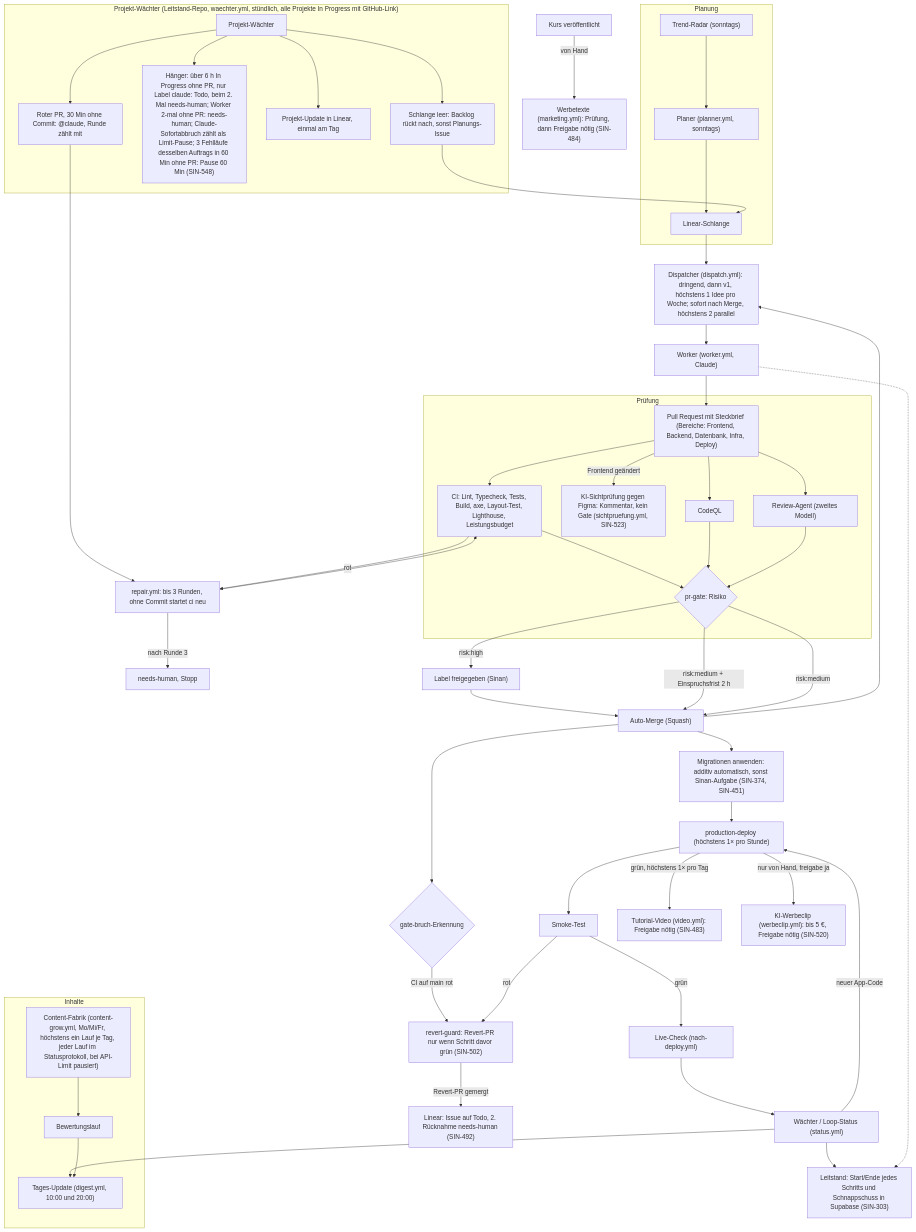
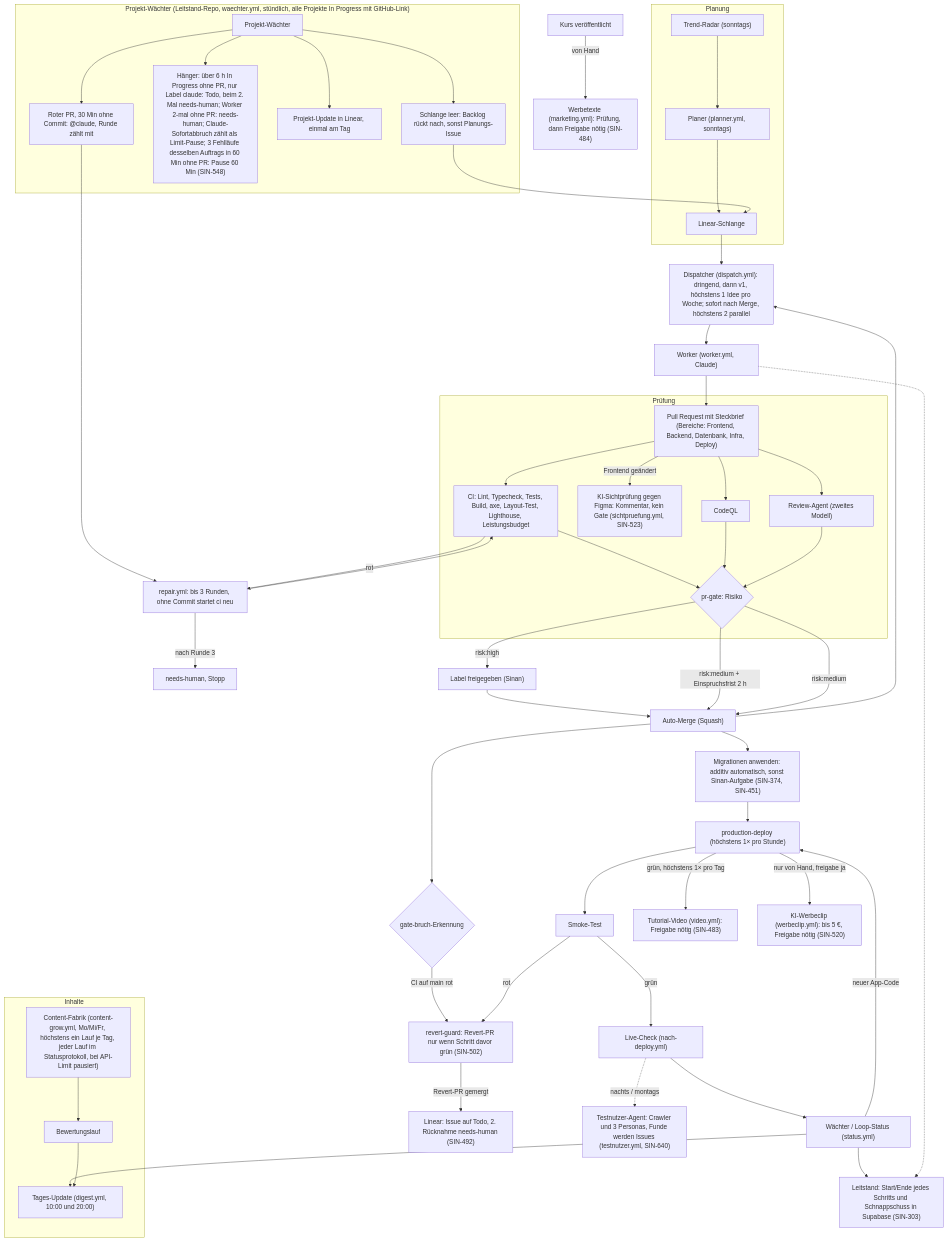
The diagram in README.md (siinanXD/Content-Agent-Lernapp), drawn with Mermaid before and after one commit. The commit also changed other lines of this file and 10 other files, not shown here.

First line of the commit message:
feat(testnutzer): Crawler und Personas melden, was in der Live-App hakt (SIN-640)

````diff
--- a/README.md
+++ b/README.md
@@ -72,57 +72,58 @@
 ```mermaid
 %% Pipeline-Ablauf des Loops, Stand main 09.10. (SIN-376). Quelle für das FigJam-Board „Pipeline-Ablauf“.
 %% Ändern sich .github/workflows/ oder scripts/autonomy/, diese Datei im selben PR anpassen.
 flowchart TD
   subgraph Planung
     Radar["Trend-Radar (sonntags)"] --> Planer
     Planer["Planer (planner.yml, sonntags)"] --> Schlange["Linear-Schlange"]
   end
   Schlange --> Dispatcher["Dispatcher (dispatch.yml): dringend, dann v1, höchstens 1 Idee pro Woche; sofort nach Merge, höchstens 2 parallel"]
   Dispatcher --> Worker["Worker (worker.yml, Claude)"]
   Worker --> PR["Pull Request mit Steckbrief (Bereiche: Frontend, Backend, Datenbank, Infra, Deploy)"]
   subgraph Prüfung
     PR --> CI["CI: Lint, Typecheck, Tests, Build, axe, Layout-Test, Lighthouse, Leistungsbudget"]
     PR -- "Frontend geändert" --> Sicht["KI-Sichtprüfung gegen Figma: Kommentar, kein Gate (sichtpruefung.yml, SIN-523)"]
     PR --> CodeQL["CodeQL"]
     PR --> Review["Review-Agent (zweites Modell)"]
     CI --> Gate{"pr-gate: Risiko"}
     CodeQL --> Gate
     Review --> Gate
   end
   CI -- rot --> Repair["repair.yml: bis 3 Runden, ohne Commit startet ci neu"]
   Repair --> CI
   Repair -- "nach Runde 3" --> Mensch["needs-human, Stopp"]
   Gate -- "risk:high" --> Freigabe["Label freigegeben (Sinan)"]
   Freigabe --> Merge
   Gate -- "risk:medium + Einspruchsfrist 2 h" --> Merge
   Gate -- "risk:medium" --> Merge["Auto-Merge (Squash)"]
   Merge --> Dispatcher
   Merge --> Migr["Migrationen anwenden: additiv automatisch, sonst Sinan-Aufgabe (SIN-374, SIN-451)"]
   Merge --> Bruch{"gate-bruch-Erkennung"}
   Bruch -- "CI auf main rot" --> Revert["revert-guard: Revert-PR nur wenn Schritt davor grün (SIN-502)"]
   Revert -- "Revert-PR gemergt" --> LinearTodo["Linear: Issue auf Todo, 2. Rücknahme needs-human (SIN-492)"]
   Migr --> Deploy["production-deploy (höchstens 1× pro Stunde)"]
   Deploy --> Smoke["Smoke-Test"]
   Smoke -- rot --> Revert
   Smoke -- grün --> Live["Live-Check (nach-deploy.yml)"]
+  Live -. "nachts / montags" .-> Testnutzer["Testnutzer-Agent: Crawler und 3 Personas, Funde werden Issues (testnutzer.yml, SIN-640)"]
   Deploy -- "grün, höchstens 1× pro Tag" --> Video["Tutorial-Video (video.yml): Freigabe nötig (SIN-483)"]
   Deploy -- "nur von Hand, freigabe ja" --> Werbeclip["KI-Werbeclip (werbeclip.yml): bis 5 €, Freigabe nötig (SIN-520)"]
   Kurs["Kurs veröffentlicht"] -- "von Hand" --> Marketing["Werbetexte (marketing.yml): Prüfung, dann Freigabe nötig (SIN-484)"]
   Live --> Waechter["Wächter / Loop-Status (status.yml)"]
   Waechter -- "neuer App-Code" --> Deploy
   Waechter --> Update["Tages-Update (digest.yml, 10:00 und 20:00)"]
   Waechter --> Leitstand["Leitstand: Start/Ende jedes Schritts und Schnappschuss in Supabase (SIN-303)"]
   Worker -.-> Leitstand
   subgraph Projektwaechter["Projekt-Wächter (Leitstand-Repo, waechter.yml, stündlich, alle Projekte In Progress mit GitHub-Link)"]
     PW["Projekt-Wächter"] --> PWS["Schlange leer: Backlog rückt nach, sonst Planungs-Issue"]
     PW --> PWH["Hänger: über 6 h In Progress ohne PR, nur Label claude: Todo, beim 2. Mal needs-human; Worker 2-mal ohne PR: needs-human; Claude-Sofortabbruch zählt als Limit-Pause; 3 Fehlläufe desselben Auftrags in 60 Min ohne PR: Pause 60 Min (SIN-548)"]
     PW --> PWU["Projekt-Update in Linear, einmal am Tag"]
     PW --> PWR["Roter PR, 30 Min ohne Commit: @claude, Runde zählt mit"]
   end
   PWS --> Schlange
   PWR --> Repair
   subgraph Inhalte
     Fabrik["Content-Fabrik (content-grow.yml, Mo/Mi/Fr, höchstens ein Lauf je Tag, jeder Lauf im Statusprotokoll, bei API-Limit pausiert)"] --> Bewertung["Bewertungslauf"]
     Bewertung --> Update
   end
 ```
````
